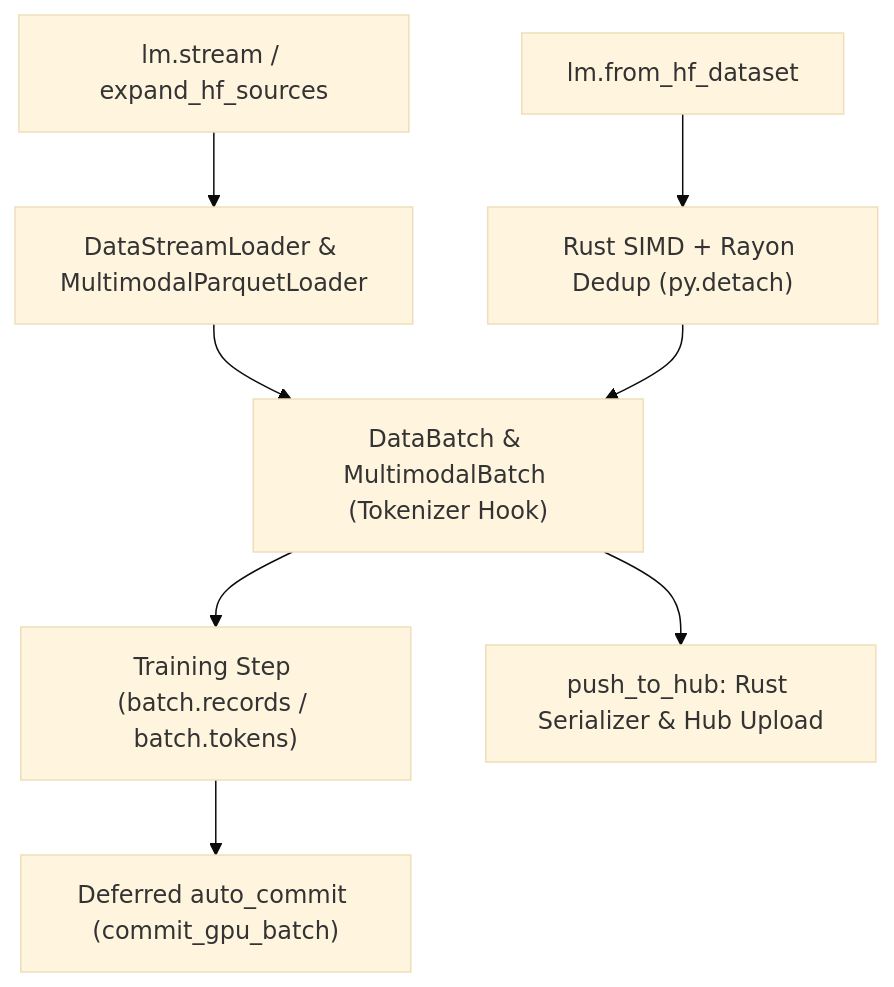
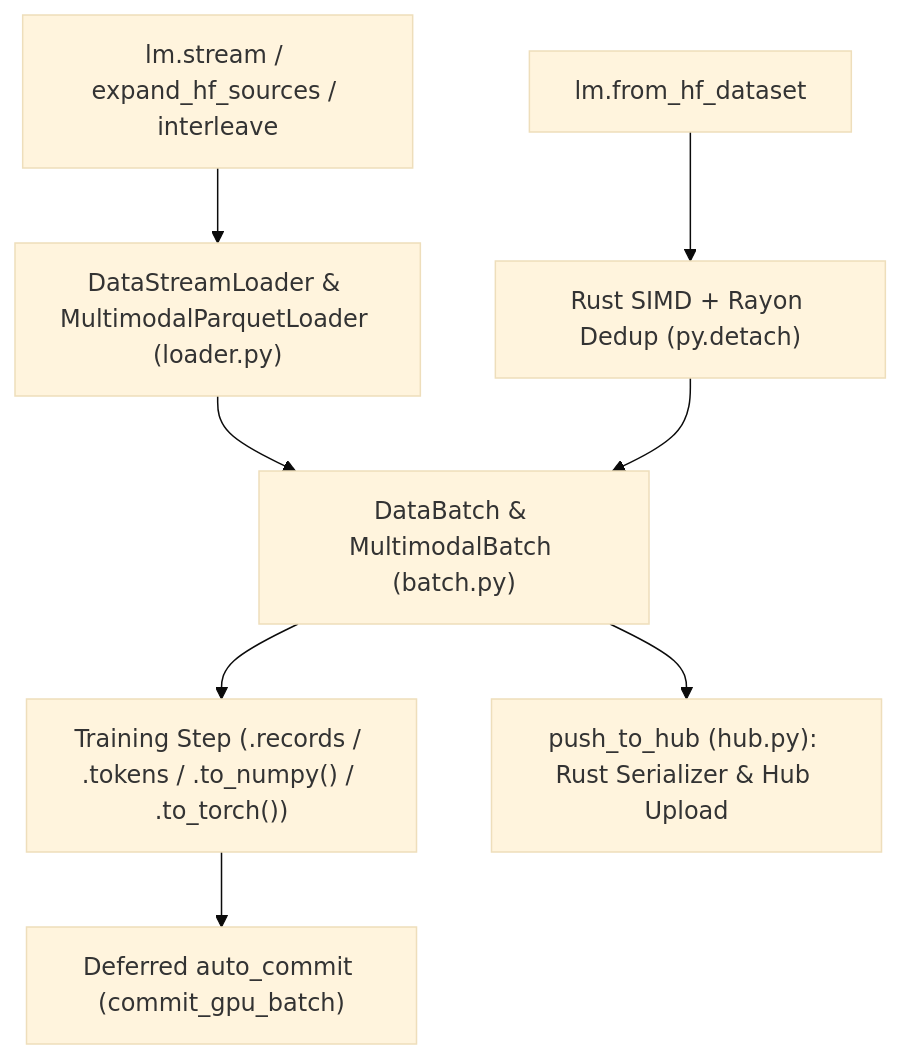
The diagram in docs/dataloader/python_ffi_and_runtime/README.md (cloverx-id/luminamoon), drawn with Mermaid (base theme) before and after one commit. The commit also changed other lines of this file and 49 other files, not shown here.

````diff
--- a/docs/dataloader/python_ffi_and_runtime/README.md
+++ b/docs/dataloader/python_ffi_and_runtime/README.md
@@ -9,10 +9,10 @@
 ```mermaid
 flowchart TD
-    Stream["lm.stream / expand_hf_sources"] --> Loader["DataStreamLoader & MultimodalParquetLoader"]
+    Stream["lm.stream / expand_hf_sources / interleave"] --> Loader["DataStreamLoader & MultimodalParquetLoader (loader.py)"]
     HFDataset["lm.from_hf_dataset"] --> PostProc["Rust SIMD + Rayon Dedup (py.detach)"]
-    Loader --> Batch["DataBatch & MultimodalBatch (Tokenizer Hook)"]
+    Loader --> Batch["DataBatch & MultimodalBatch (batch.py)"]
     PostProc --> Batch
-    Batch --> Train["Training Step (batch.records / batch.tokens)"]
-    Batch --> Upload["push_to_hub: Rust Serializer & Hub Upload"]
+    Batch --> Train["Training Step (.records / .tokens / .to_numpy() / .to_torch())"]
+    Batch --> Upload["push_to_hub (hub.py): Rust Serializer & Hub Upload"]
     Train --> Commit["Deferred auto_commit (commit_gpu_batch)"]
 ```
````
